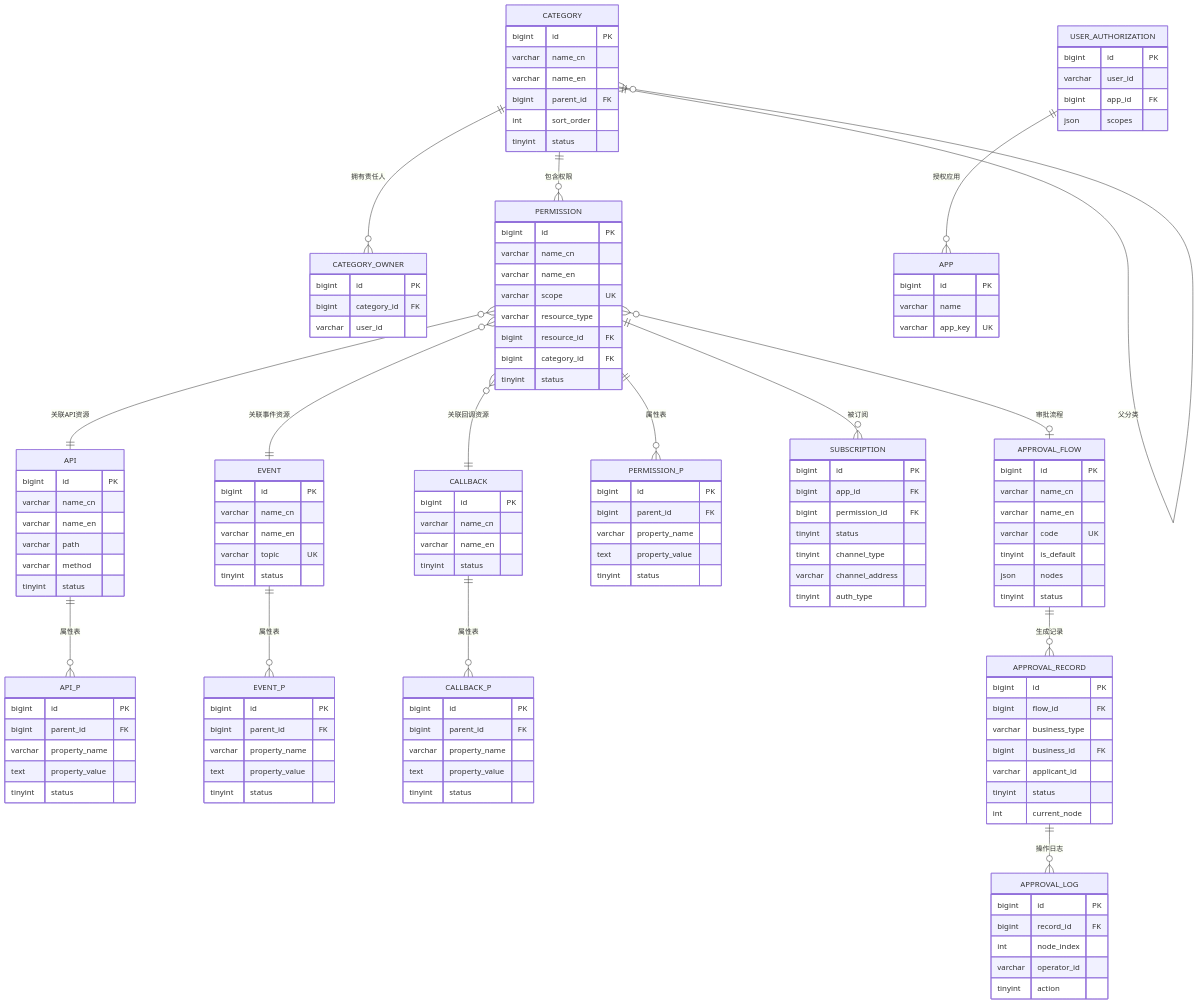
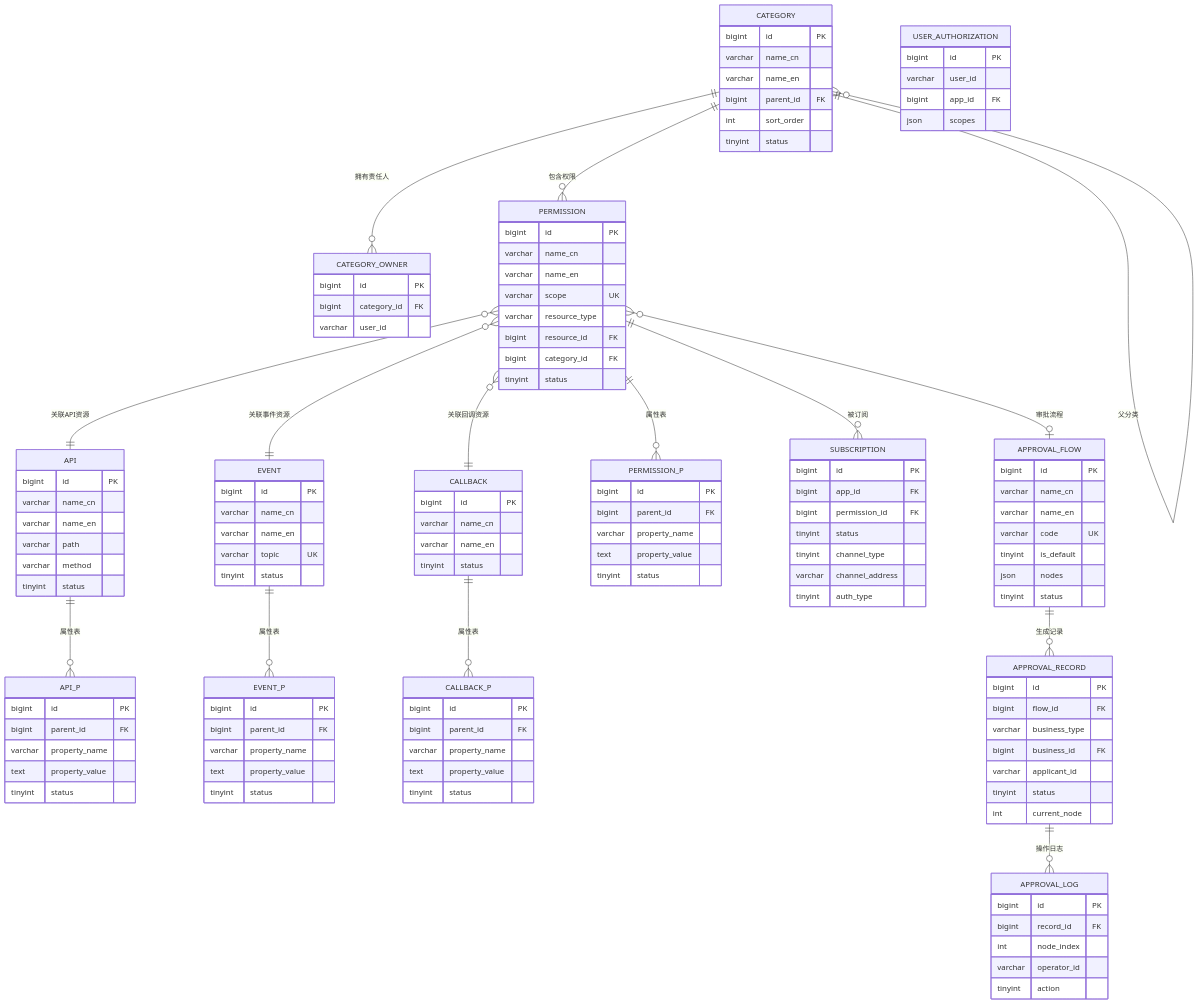
The sixth of 6 diagrams in .sddu/specs-tree-root/specs-tree-capability-open-platform/plan.md (THZSummer/open-app), drawn with Mermaid before and after one commit.

Commit message:
docs(plan): 删除 APP 表，复用已有应用管理能力
- 删除 ER 图中的 APP 实体
- 删除 USER_AUTHORIZATION 与 APP 的关系
- 应用管理为已有能力，开发测试阶段使用 mock 数据

````diff
--- a/.sddu/specs-tree-root/specs-tree-capability-open-platform/plan.md
+++ b/.sddu/specs-tree-root/specs-tree-capability-open-platform/plan.md
@@ -598,8 +598,6 @@
     
     APPROVAL_FLOW ||--o{ APPROVAL_RECORD : "生成记录"
     APPROVAL_RECORD ||--o{ APPROVAL_LOG : "操作日志"
-    
-    USER_AUTHORIZATION ||--o{ APP : "授权应用"
 
     CATEGORY {
         bigint id PK
@@ -727,10 +725,4 @@
         bigint app_id FK
         json scopes
     }
-    
-    APP {
-        bigint id PK
-        varchar name
-        varchar app_key UK
-    }
 ```
````
